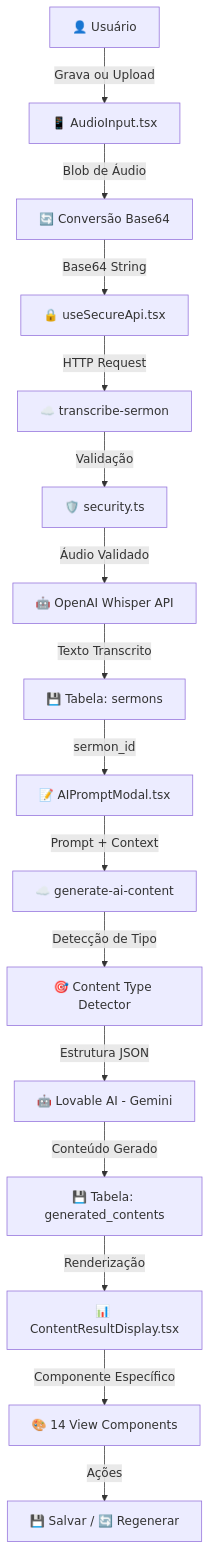
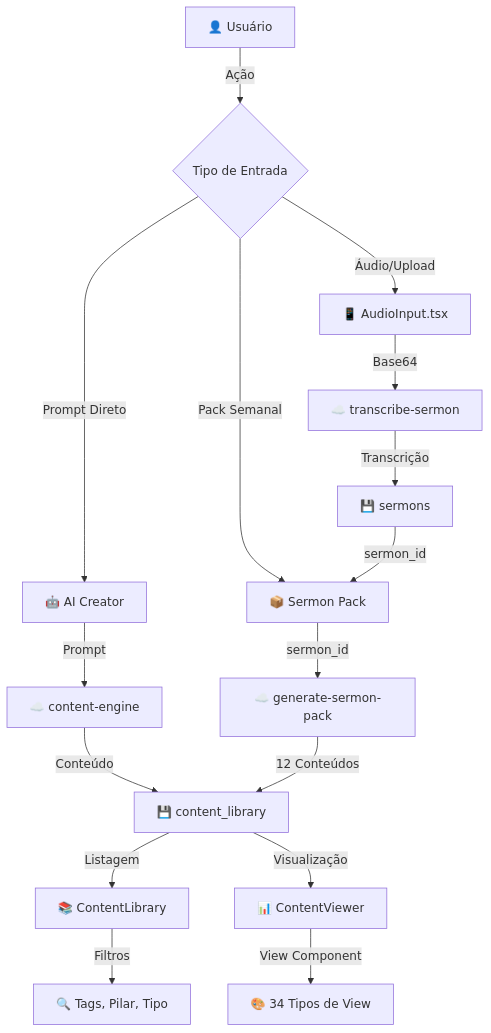
One commit to eudavidthomaz/vision-studio-lab changed the first of 5 diagrams in ARQUITETURA_SISTEMA_IDEON.md. Above: the diagram before and after it, drawn with Mermaid. The commit also changed other lines of this file and 3 other files, not shown here.

````diff
--- a/ARQUITETURA_SISTEMA_IDEON.md
+++ b/ARQUITETURA_SISTEMA_IDEON.md
@@ -29,18 +29,23 @@
 ```mermaid
 graph TD
-    A[👤 Usuário] -->|Grava ou Upload| B[📱 AudioInput.tsx]
-    B -->|Blob de Áudio| C[🔄 Conversão Base64]
-    C -->|Base64 String| D[🔒 useSecureApi.tsx]
-    D -->|HTTP Request| E[☁️ transcribe-sermon]
-    E -->|Validação| F[🛡️ security.ts]
-    F -->|Áudio Validado| G[🤖 OpenAI Whisper API]
-    G -->|Texto Transcrito| H[💾 Tabela: sermons]
-    H -->|sermon_id| I[📝 AIPromptModal.tsx]
-    I -->|Prompt + Context| J[☁️ generate-ai-content]
-    J -->|Detecção de Tipo| K[🎯 Content Type Detector]
-    K -->|Estrutura JSON| L[🤖 Lovable AI - Gemini]
-    L -->|Conteúdo Gerado| M[💾 Tabela: generated_contents]
-    M -->|Renderização| N[📊 ContentResultDisplay.tsx]
-    N -->|Componente Específico| O[🎨 14 View Components]
-    O -->|Ações| P[💾 Salvar / 🔄 Regenerar]
+    A[👤 Usuário] -->|Ação| B{Tipo de Entrada}
+    B -->|Áudio/Upload| C[📱 AudioInput.tsx]
+    B -->|Prompt Direto| D[🤖 AI Creator]
+    B -->|Pack Semanal| E[📦 Sermon Pack]
+    
+    C -->|Base64| F[☁️ transcribe-sermon]
+    F -->|Transcrição| G[💾 sermons]
+    G -->|sermon_id| E
+    
+    D -->|Prompt| H[☁️ content-engine]
+    E -->|sermon_id| I[☁️ generate-sermon-pack]
+    
+    H -->|Conteúdo| J[💾 content_library]
+    I -->|12 Conteúdos| J
+    
+    J -->|Listagem| K[📚 ContentLibrary]
+    J -->|Visualização| L[📊 ContentViewer]
+    
+    K -->|Filtros| M[🔍 Tags, Pilar, Tipo]
+    L -->|View Component| N[🎨 34 Tipos de View]
 ```
````
